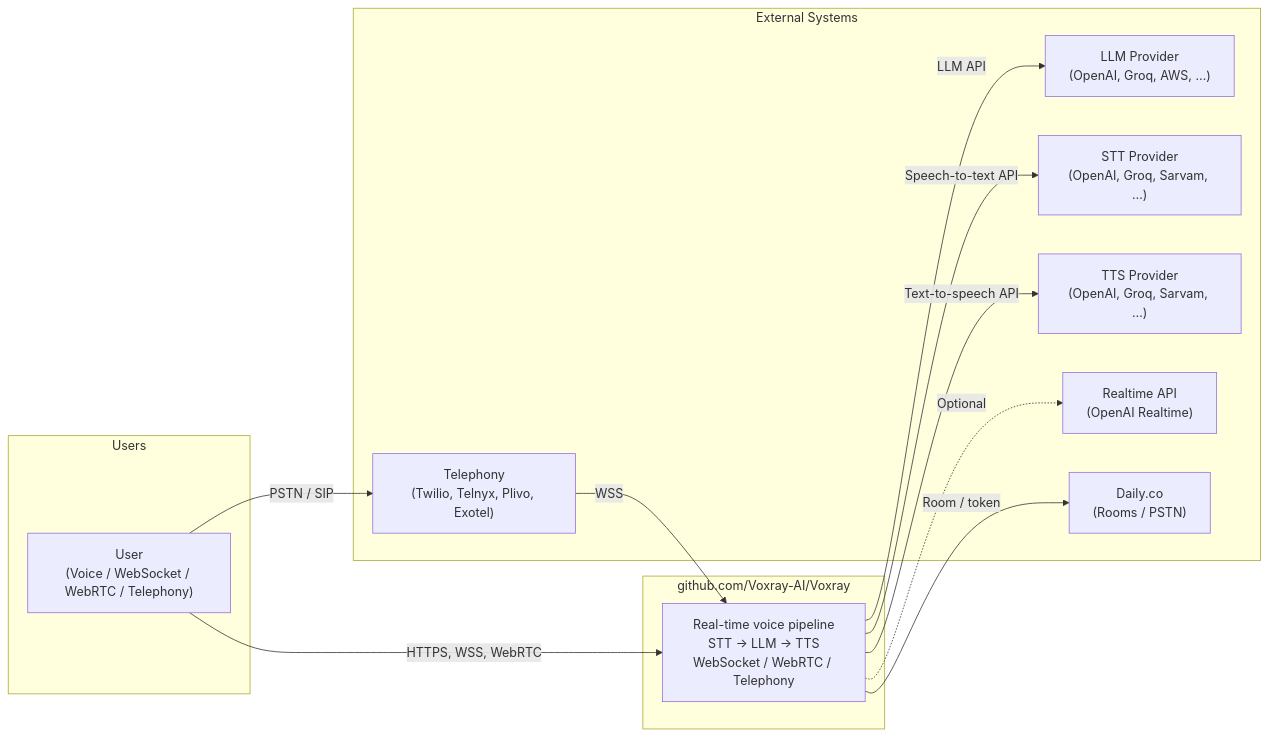
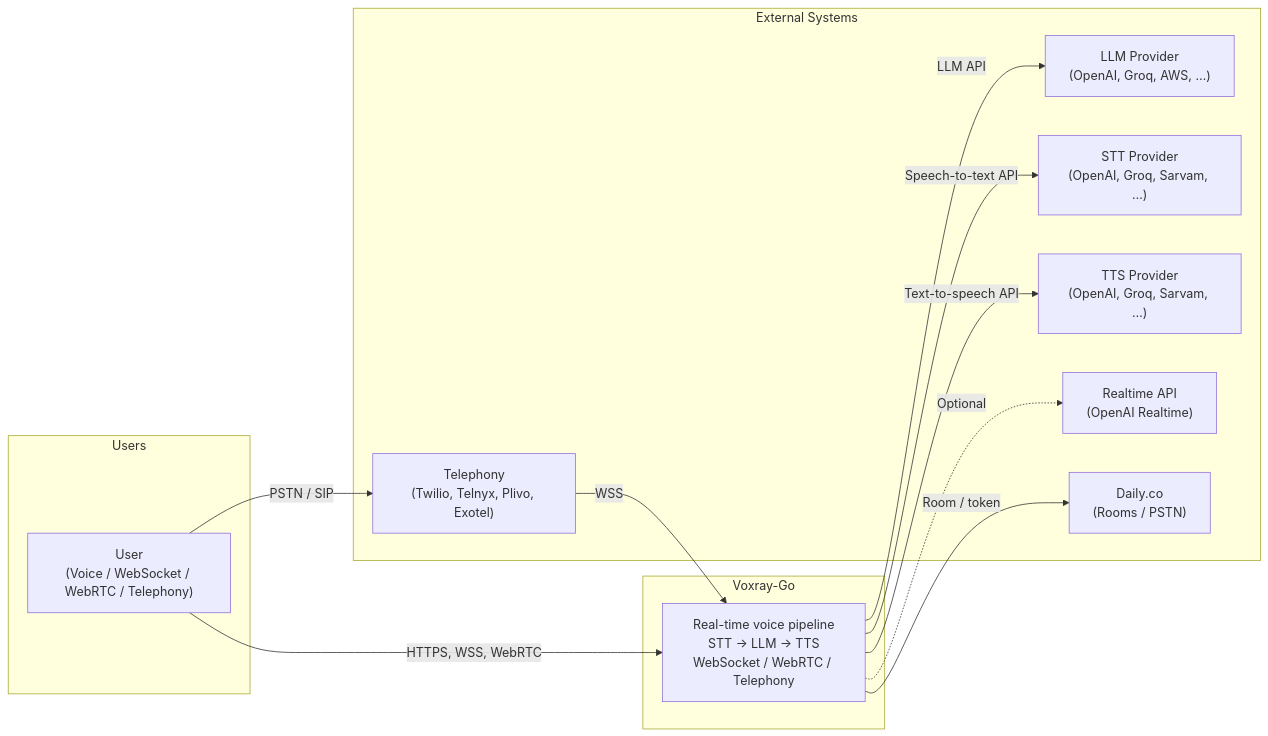
The first of 4 diagrams in docs/SYSTEM_ARCHITECTURE.md (Voxray-AI/Voxray), drawn with Mermaid before and after one commit. The commit also changed other lines of this file and 56 other files, not shown here.

````diff
--- a/docs/SYSTEM_ARCHITECTURE.md
+++ b/docs/SYSTEM_ARCHITECTURE.md
@@ -9,28 +9,28 @@
 ```mermaid
 flowchart LR
     subgraph Users["Users"]
         User["User\n(Voice / WebSocket / WebRTC / Telephony)"]
     end
 
-    subgraph Voxray["github.com/Voxray-AI/Voxray"]
+    subgraph Voxray["Voxray-Go"]
         Server["Real-time voice pipeline\nSTT → LLM → TTS\nWebSocket / WebRTC / Telephony"]
     end
 
     subgraph External["External Systems"]
         LLM["LLM Provider\n(OpenAI, Groq, AWS, …)"]
         STT["STT Provider\n(OpenAI, Groq, Sarvam, …)"]
         TTS["TTS Provider\n(OpenAI, Groq, Sarvam, …)"]
         Realtime["Realtime API\n(OpenAI Realtime)"]
         Daily["Daily.co\n(Rooms / PSTN)"]
         Telco["Telephony\n(Twilio, Telnyx, Plivo, Exotel)"]
     end
 
     User -->|"HTTPS, WSS, WebRTC"| Server
     Server -->|"LLM API"| LLM
     Server -->|"Speech-to-text API"| STT
     Server -->|"Text-to-speech API"| TTS
     Server -.->|"Optional"| Realtime
     Server -->|"Room / token"| Daily
     User -->|"PSTN / SIP"| Telco
     Telco -->|"WSS"| Server
 ```
````
